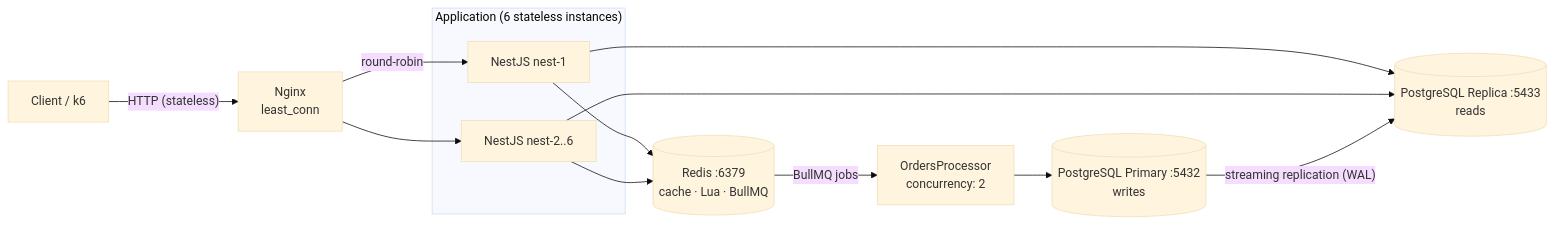
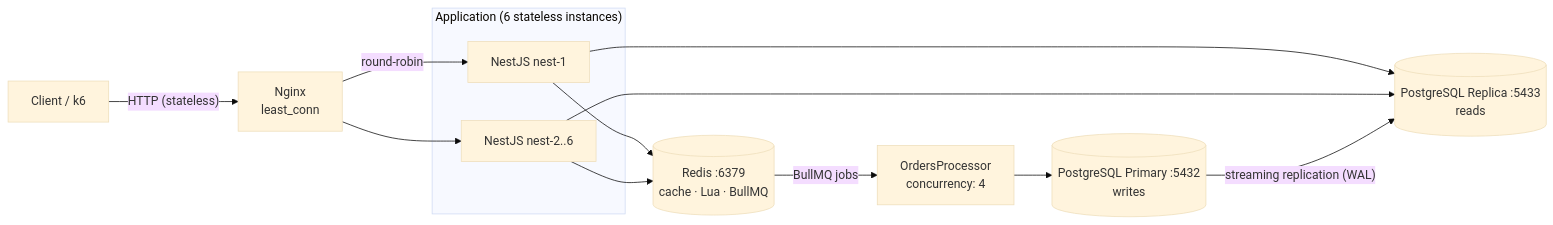
One commit to JaJoJi/mobile-backend-group-1 changed the first of 3 diagrams in docs/README.md. Above: the diagram before and after it, drawn with Mermaid (base theme). The commit also changed 2 other files, not shown here.

Commit message:
Drop worker concurrency from 16 → 4

````diff
--- a/docs/README.md
+++ b/docs/README.md
@@ -5,18 +5,18 @@
 ```mermaid
 flowchart LR
     Client["Client / k6"] -->|"HTTP (stateless)"| Nginx["Nginx<br/>least_conn"]
     Nginx -->|"round-robin"| API1["NestJS nest-1"]
     Nginx --> API2["NestJS nest-2..6"]
 
     subgraph "Application (6 stateless instances)"
         API1
         API2
     end
 
     API1 & API2 --> Redis[("Redis :6379<br/>cache · Lua · BullMQ")]
     API1 & API2 --> PGReplica[("PostgreSQL Replica :5433<br/>reads")]
 
-    Redis -->|"BullMQ jobs"| Worker["OrdersProcessor<br/>concurrency: 2"]
+    Redis -->|"BullMQ jobs"| Worker["OrdersProcessor<br/>concurrency: 4"]
     Worker --> PGPrimary[("PostgreSQL Primary :5432<br/>writes")]
     PGPrimary -->|"streaming replication (WAL)"| PGReplica
 ```
````
